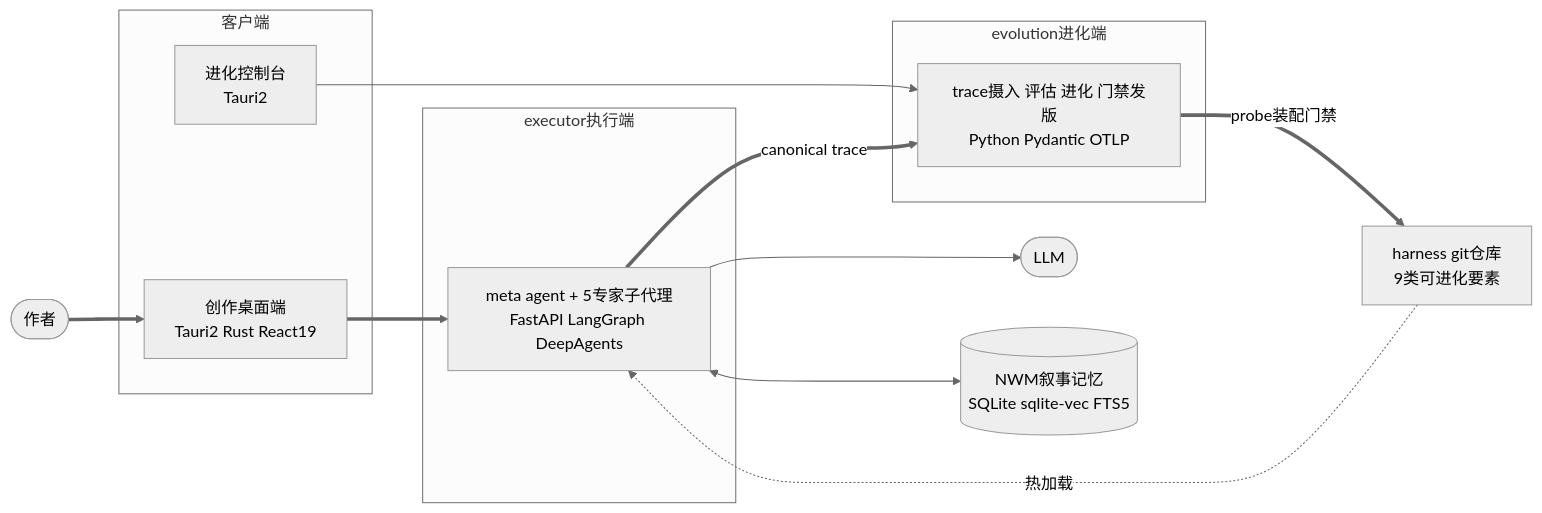
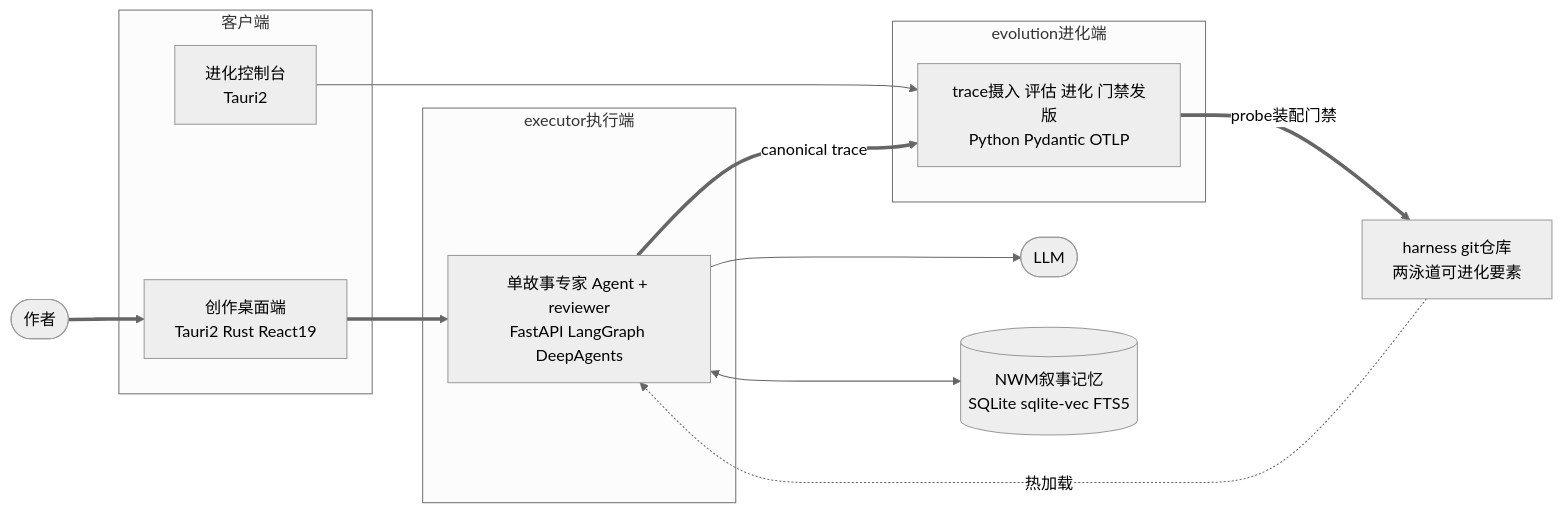
Before and after one commit to gaoshoupaper-code/EvoWriter: the second of 3 diagrams in README.md, drawn with Mermaid (neutral theme). The commit also changed other lines of this file and 4 other files, not shown here.

````diff
--- a/README.md
+++ b/README.md
@@ -67,29 +73,29 @@
 ```mermaid
 flowchart LR
     Author([作者])
 
     subgraph Clients[客户端]
         Desk[创作桌面端<br/>Tauri2 Rust React19]
         EvoDesk[进化控制台<br/>Tauri2]
     end
 
     subgraph EX[executor执行端]
-        EX1[meta agent + 5专家子代理<br/>FastAPI LangGraph DeepAgents]
+        EX1[单故事专家 Agent + reviewer<br/>FastAPI LangGraph DeepAgents]
     end
 
     subgraph EV[evolution进化端]
         EV1[trace摄入 评估 进化 门禁发版<br/>Python Pydantic OTLP]
     end
 
-    Harness[harness git仓库<br/>9类可进化要素]
+    Harness[harness git仓库<br/>两泳道可进化要素]
     LLM([LLM])
     Mem[(NWM叙事记忆<br/>SQLite sqlite-vec FTS5)]
 
     Author ==> Desk ==> EX1
     EvoDesk --> EV1
     EX1 --> LLM
     EX1 <--> Mem
     EX1 ==>|canonical trace| EV1
     EV1 ==>|probe装配门禁| Harness
     Harness -.->|热加载| EX1
 ```
````
